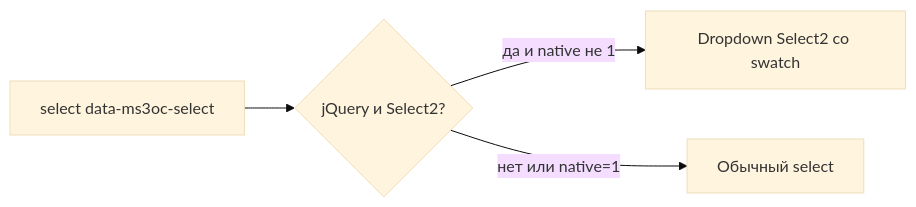
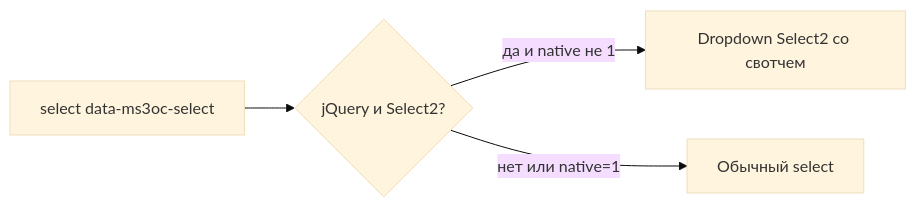
The second of 2 diagrams in docs/components/ms3optionscolor/frontend.md (modx-pro/Docs), drawn with Mermaid (base theme) before and after one commit. The commit also changed other lines of this file and 54 other files, not shown here.

````diff
--- a/docs/components/ms3optionscolor/frontend.md
+++ b/docs/components/ms3optionscolor/frontend.md
@@ -49,10 +51,10 @@
 ```mermaid
 flowchart LR
   Markup["select data-ms3oc-select"]
   Check{jQuery и Select2?}
-  S2[Dropdown Select2 со swatch]
+  S2[Dropdown Select2 со свотчем]
   Native[Обычный select]
   Markup --> Check
   Check -->|да и native не 1| S2
   Check -->|нет или native=1| Native
 ```
````
